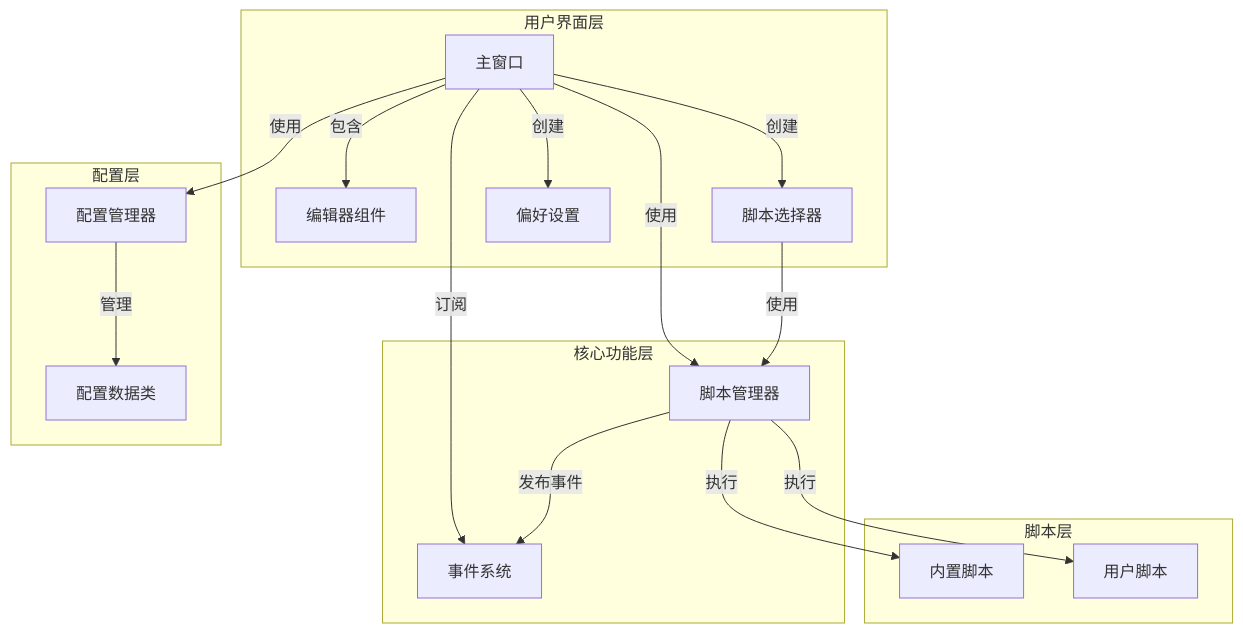
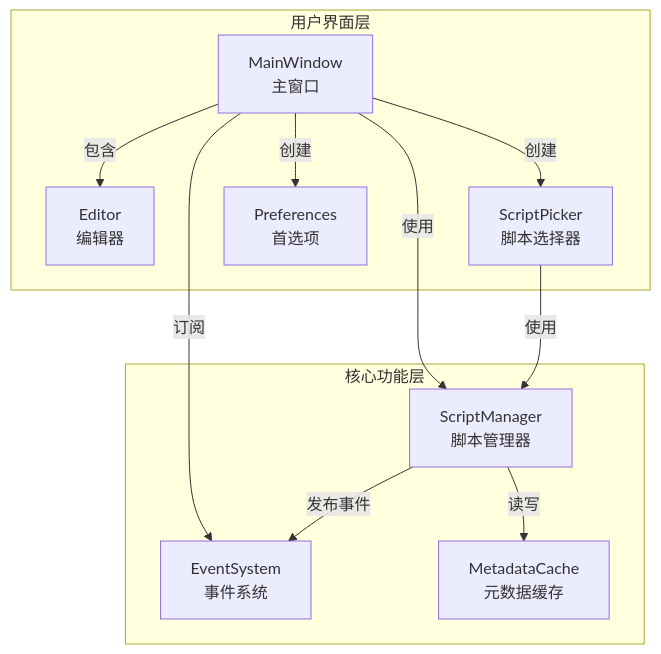
One commit to xthuji/Boop changed the diagram in SIMPLIFIED_DESIGN.md. Above: the diagram before and after it, drawn with Mermaid. The commit also changed other lines of this file and 69 other files, not shown here.

````diff
--- a/SIMPLIFIED_DESIGN.md
+++ b/SIMPLIFIED_DESIGN.md
@@ -85,40 +38,25 @@
 ```mermaid
 flowchart TD
-    subgraph 用户界面层
-        MainWindow[主窗口]
-        Editor[编辑器组件]
-        ScriptPicker[脚本选择器]
-        Preferences[偏好设置]
+    subgraph UI["用户界面层"]
+        MW[MainWindow<br/>主窗口]
+        ED[Editor<br/>编辑器]
+        SP[ScriptPicker<br/>脚本选择器]
+        PF[Preferences<br/>首选项]
     end
 
-    subgraph 核心功能层
-        ScriptManager[脚本管理器]
-        EventSystem[事件系统]
+    subgraph Core["核心功能层"]
+        SM[ScriptManager<br/>脚本管理器]
+        ES[EventSystem<br/>事件系统]
+        MC[MetadataCache<br/>元数据缓存]
     end
 
-    subgraph 配置层
-        ConfigManager[配置管理器]
-        BoopConfig[配置数据类]
-    end
-
-    subgraph 脚本层
-        BuiltinScripts[内置脚本]
-        UserScripts[用户脚本]
-    end
-
-    MainWindow -->|包含| Editor
-    MainWindow -->|创建| ScriptPicker
-    MainWindow -->|创建| Preferences
-    MainWindow -->|使用| ScriptManager
-    MainWindow -->|订阅| EventSystem
-    MainWindow -->|使用| ConfigManager
-
-    ScriptPicker -->|使用| ScriptManager
-
-    ScriptManager -->|发布事件| EventSystem
-
-    ScriptManager -->|执行| BuiltinScripts
-    ScriptManager -->|执行| UserScripts
-
-    ConfigManager -->|管理| BoopConfig
+    MW -->|包含 | ED
+    MW -->|创建 | SP
+    MW -->|创建 | PF
+    MW -->|使用 | SM
+    MW -->|订阅 | ES
+    
+    SP -->|使用 | SM
+    SM -->|发布事件 | ES
+    SM -->|读写 | MC
 ```
````
